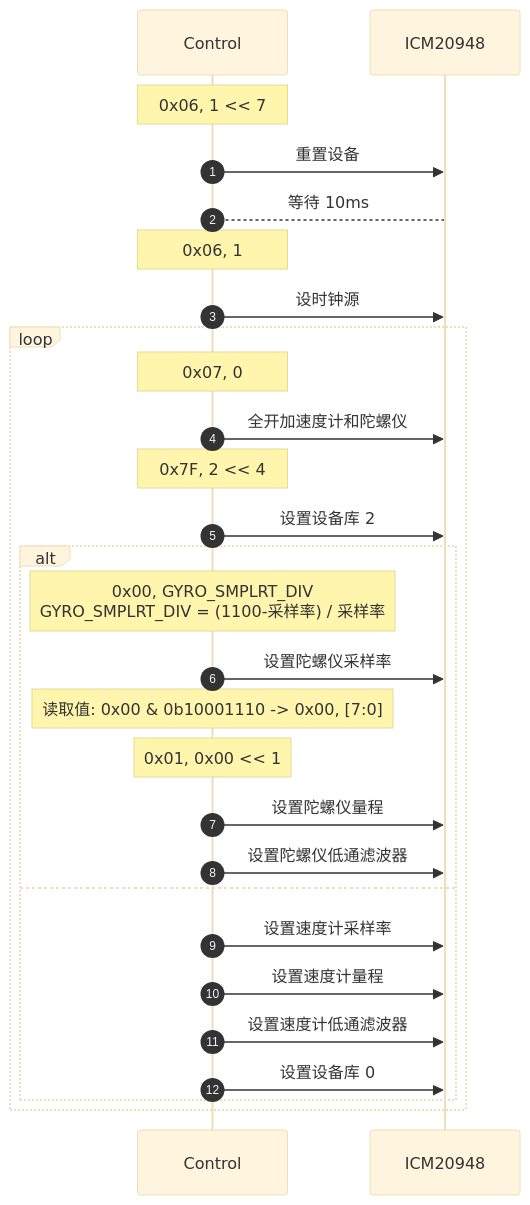
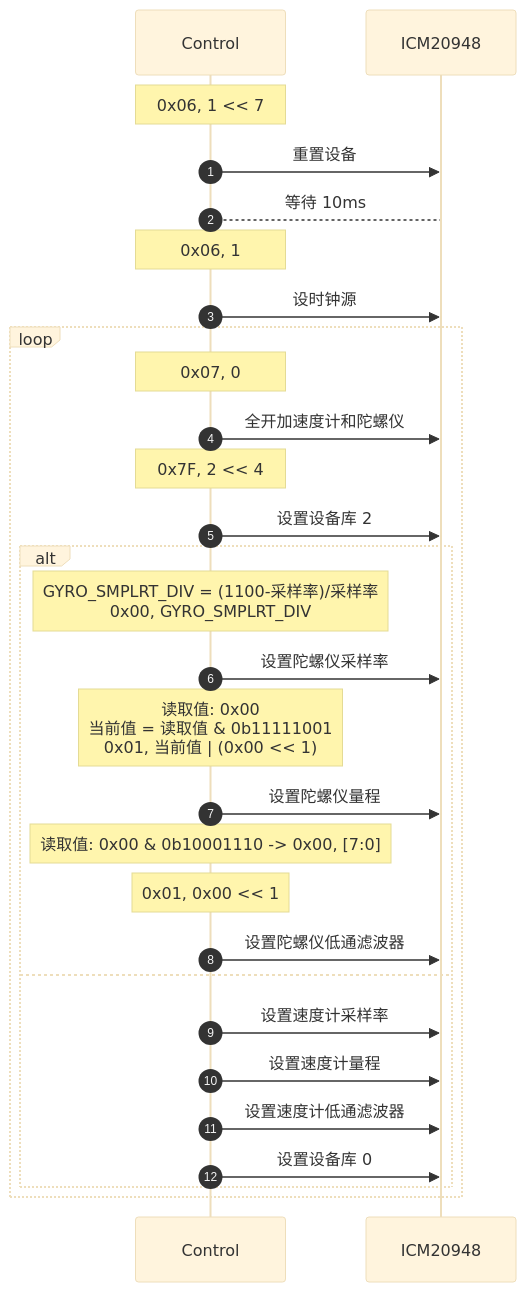
Before and after one commit to hkdickyko/hkdickyko.github.io: the second of 3 diagrams in _posts/2025-04-06-mdchart.md, drawn with Mermaid (base theme).

```diff
--- a/_posts/2025-04-06-mdchart.md
+++ b/_posts/2025-04-06-mdchart.md
@@ -145,30 +145,31 @@
 <div class="mermaid">
 sequenceDiagram;
    autonumber;
    participant C as Control;
    participant I as ICM20948;
    note over C: 0x06, 1 << 7;
    C->>I: 重置设备;
    C-->I: 等待 10ms
    note over C: 0x06, 1;
    C->>I: 设时钟源;
    loop;
    note over C: 0x07, 0;
    C->>I: 全开加速度计和陀螺仪;
    note over C: 0x7F, 2 << 4;
    C->>I: 设置设备库 2;
    alt;
-   note over C: 0x00, GYRO_SMPLRT_DIV<br>GYRO_SMPLRT_DIV = (1100-采样率) / 采样率;
+   note over C: GYRO_SMPLRT_DIV = (1100-采样率)/采样率<br>0x00, GYRO_SMPLRT_DIV;
    C->>I: 设置陀螺仪采样率;
+   note over C: 读取值: 0x00<br>当前值 = 读取值 & 0b11111001<br>0x01, 当前值 | (0x00 << 1);
+   C->>I: 设置陀螺仪量程;
    note over C: 读取值: 0x00 & 0b10001110 -> 0x00, [7:0];
    note over C: 0x01, 0x00 << 1;
-   C->>I: 设置陀螺仪量程;
    C->>I: 设置陀螺仪低通滤波器;
    else;
    C->>I: 设置速度计采样率;
    C->>I: 设置速度计量程;
    C->>I: 设置速度计低通滤波器;
    C->>I: 设置设备库 0;
    end
    end
 </div>
```
